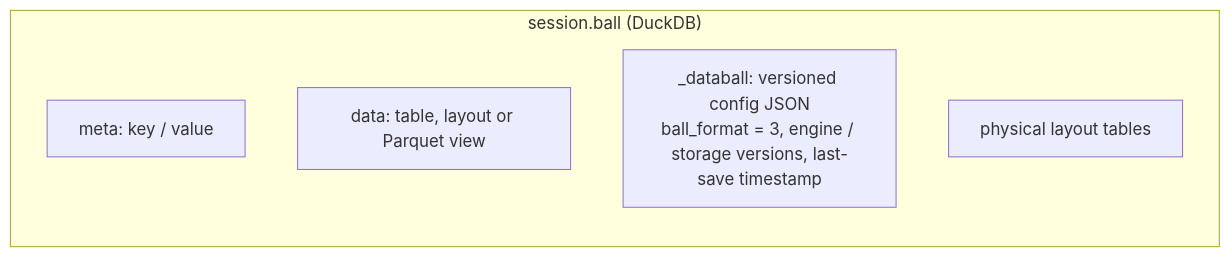
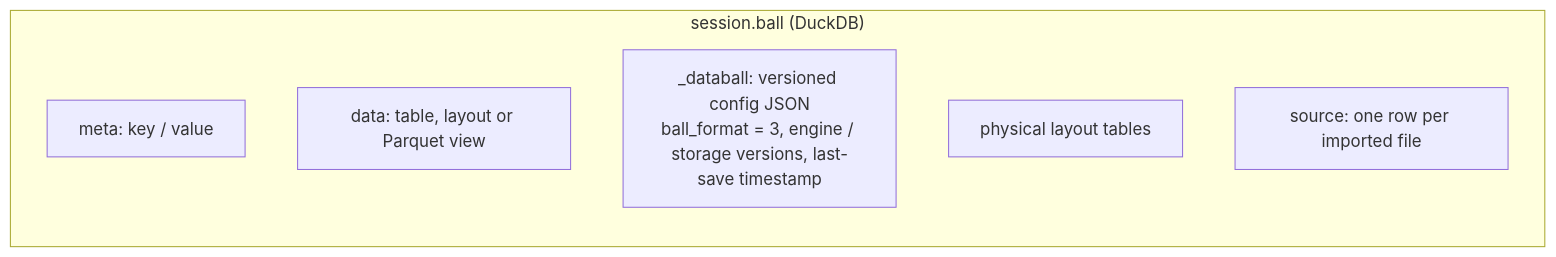
Before and after one commit to squalor-xyz/DataBall: diagram 11 of 15 in docs/how-it-works.md, drawn with Mermaid. The commit also changed other lines of this file and 5 other files, not shown here.

First line of the commit message:
docs: refresh how-it-works diagrams, commit HTML/PDF renders and add render script.

````diff
--- a/docs/how-it-works.md
+++ b/docs/how-it-works.md
@@ -202,9 +204,10 @@
 ```mermaid
 flowchart LR
     subgraph ball["session.ball (DuckDB)"]
         meta["meta: key / value"]
         data["data: table, layout or Parquet view"]
         cfg["_databall: versioned config JSON<br/>ball_format = 3, engine / storage versions, last-save timestamp"]
         tbl["physical layout tables"]
+        src["source: one row per imported file"]
     end
 ```
````
